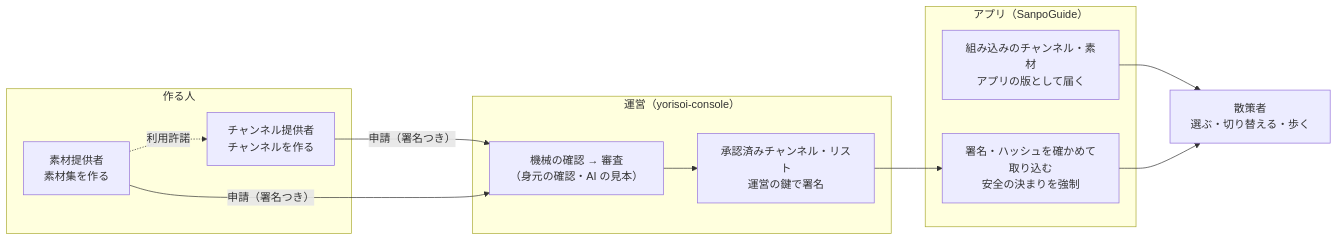
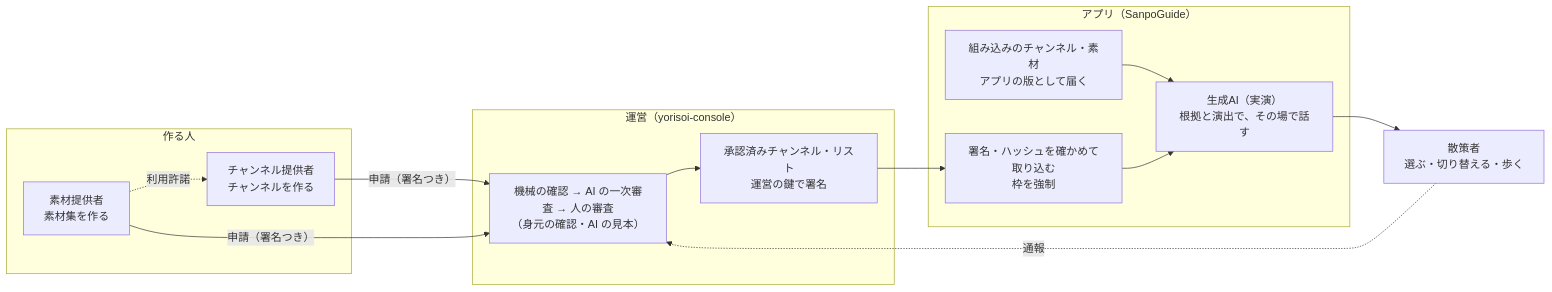
The diagram in docs/stakeholders.md (duwenji/yorisoi-platform), drawn with Mermaid before and after one commit. The commit also changed other lines of this file and 9 other files, not shown here.

````diff
--- a/docs/stakeholders.md
+++ b/docs/stakeholders.md
@@ -35,22 +49,25 @@
 ```mermaid
 flowchart LR
   subgraph PROVIDERS["作る人"]
     CP["チャンネル提供者<br/>チャンネルを作る"]
     MP["素材提供者<br/>素材集を作る"]
   end
   subgraph OPS["運営（yorisoi-console）"]
-    Review["機械の確認 → 審査<br/>（身元の確認・AI の見本）"]
+    Review["機械の確認 → AI の一次審査 → 人の審査<br/>（身元の確認・AI の見本）"]
     List["承認済みチャンネル・リスト<br/>運営の鍵で署名"]
   end
   subgraph APP["アプリ（SanpoGuide）"]
     BuiltIn["組み込みのチャンネル・素材<br/>アプリの版として届く"]
-    Check["署名・ハッシュを確かめて取り込む<br/>安全の決まりを強制"]
+    Check["署名・ハッシュを確かめて取り込む<br/>枠を強制"]
+    AI["生成AI（実演）<br/>根拠と演出で、その場で話す"]
   end
   Walker["散策者<br/>選ぶ・切り替える・歩く"]
   CP -- "申請（署名つき）" --> Review
   MP -- "申請（署名つき）" --> Review
   MP -. "利用許諾" .-> CP
   Review --> List --> Check
-  BuiltIn --> Walker
-  Check --> Walker
+  BuiltIn --> AI
+  Check --> AI
+  AI --> Walker
+  Walker -. "通報" .-> Review
 ```
````
